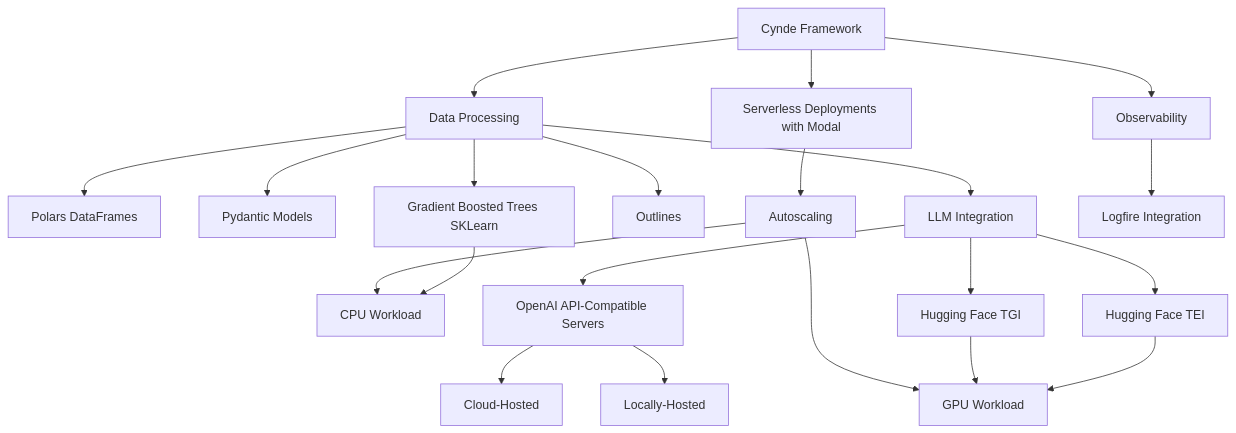
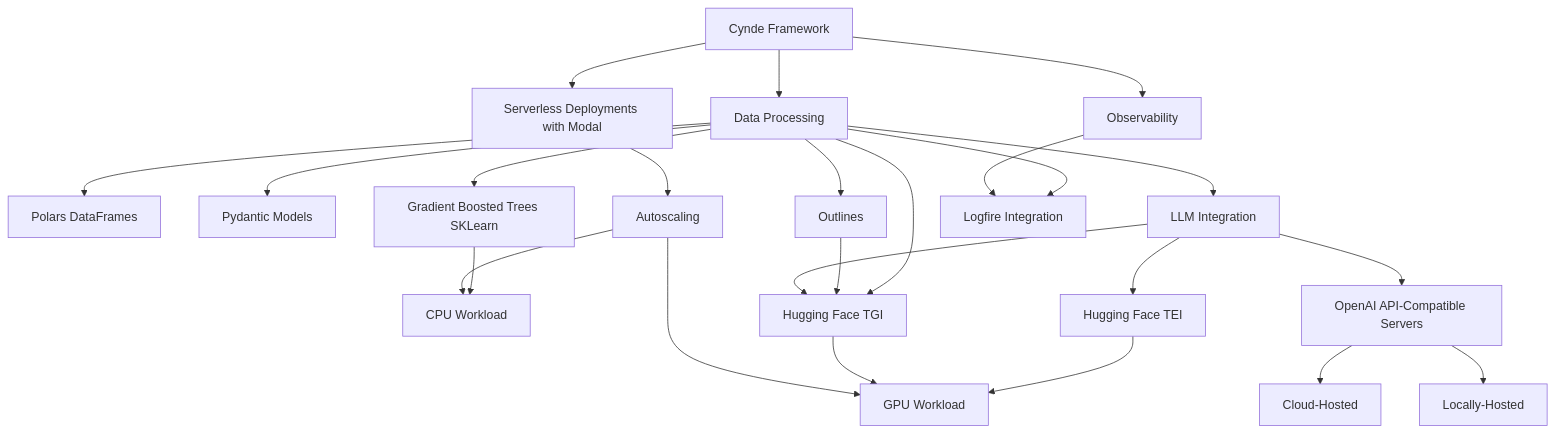
One commit to Neural-Dragon-AI/Cynde changed the diagram in drawings.md. Above: the diagram before and after it, drawn with Mermaid.

````diff
--- a/drawings.md
+++ b/drawings.md
@@ -3,28 +3,30 @@
 ```mermaid
 graph TD
     A[Cynde Framework] --> B[Data Processing]
     B --> C[Polars DataFrames]
     B --> D[Pydantic Models]
     B --> E[Gradient Boosted Trees SKLearn]
     B --> Ot[Outlines]
     A --> P[Serverless Deployments with Modal]
 
     P --> F[Autoscaling]
     F --> G[CPU Workload]
     E --> G
     F --> M[GPU Workload]
 
     B --> H[LLM Integration]
     H --> I[OpenAI API-Compatible Servers]
     I --> J[Cloud-Hosted]
     I --> K[Locally-Hosted]
     H --> N[Hugging Face TGI]
-   
+    Ot --> N
+    B --> N
     H --> O[Hugging Face TEI]
     N --> M
     O --> M
 
 
     A --> Y[Observability]
     Y --> Z[Logfire Integration]
+    B --> Z
 ```
````
